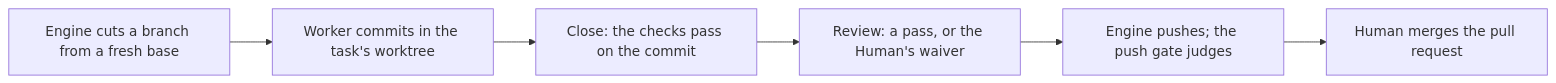
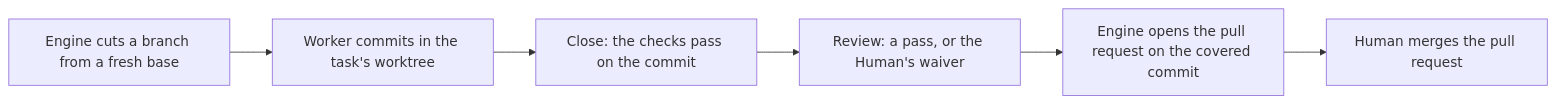
Before and after one commit to trustmybot/tmb: the first of 5 diagrams in docs/flows/3_GIT.md, drawn with Mermaid. The commit also changed other lines of this file and 11 other files, not shown here.

First line of the commit message:
📝 docs: review gates the merge, the push gate guards the base branch

````diff
--- a/docs/flows/3_GIT.md
+++ b/docs/flows/3_GIT.md
@@ -5,8 +5,8 @@
 ```mermaid
 flowchart LR
     B["Engine cuts a branch from a fresh base"] --> W["Worker commits in the task's worktree"]
     W --> C["Close: the checks pass on the commit"]
     C --> R["Review: a pass, or the Human's waiver"]
-    R --> P["Engine pushes; the push gate judges"]
+    R --> P["Engine opens the pull request on the covered commit"]
     P --> M["Human merges the pull request"]
 ```
````
